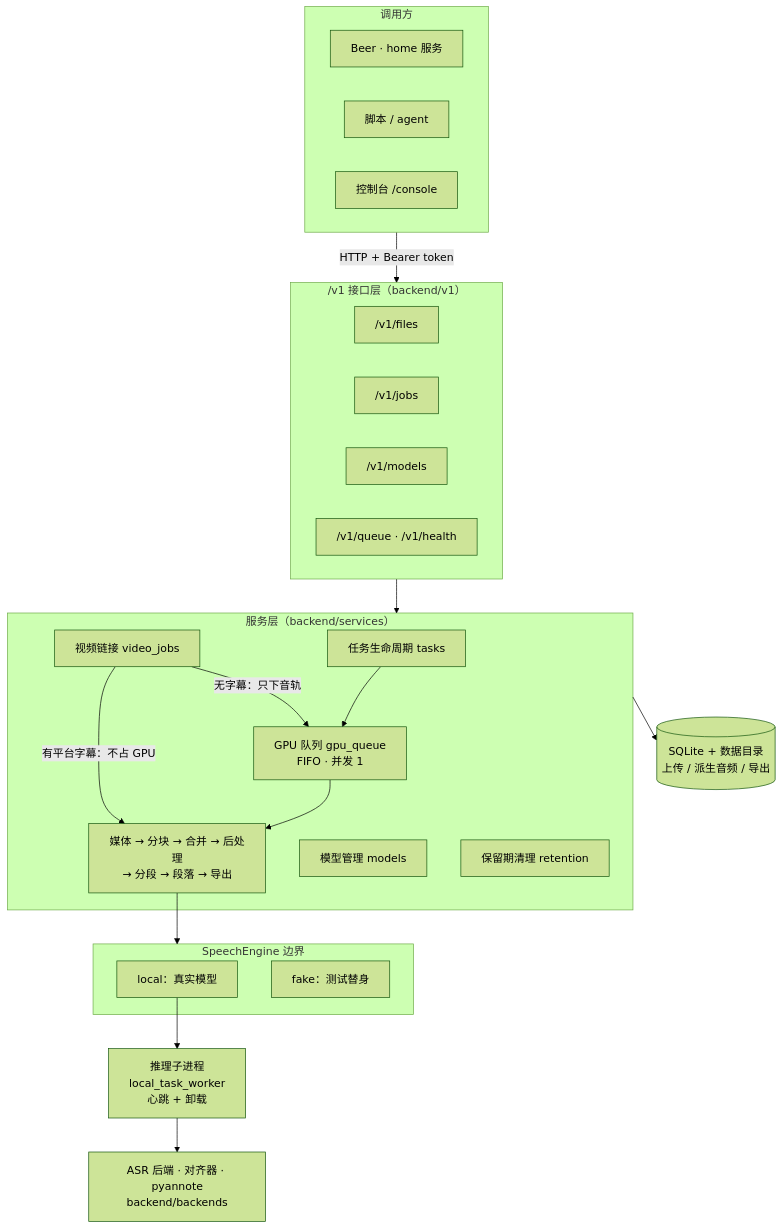
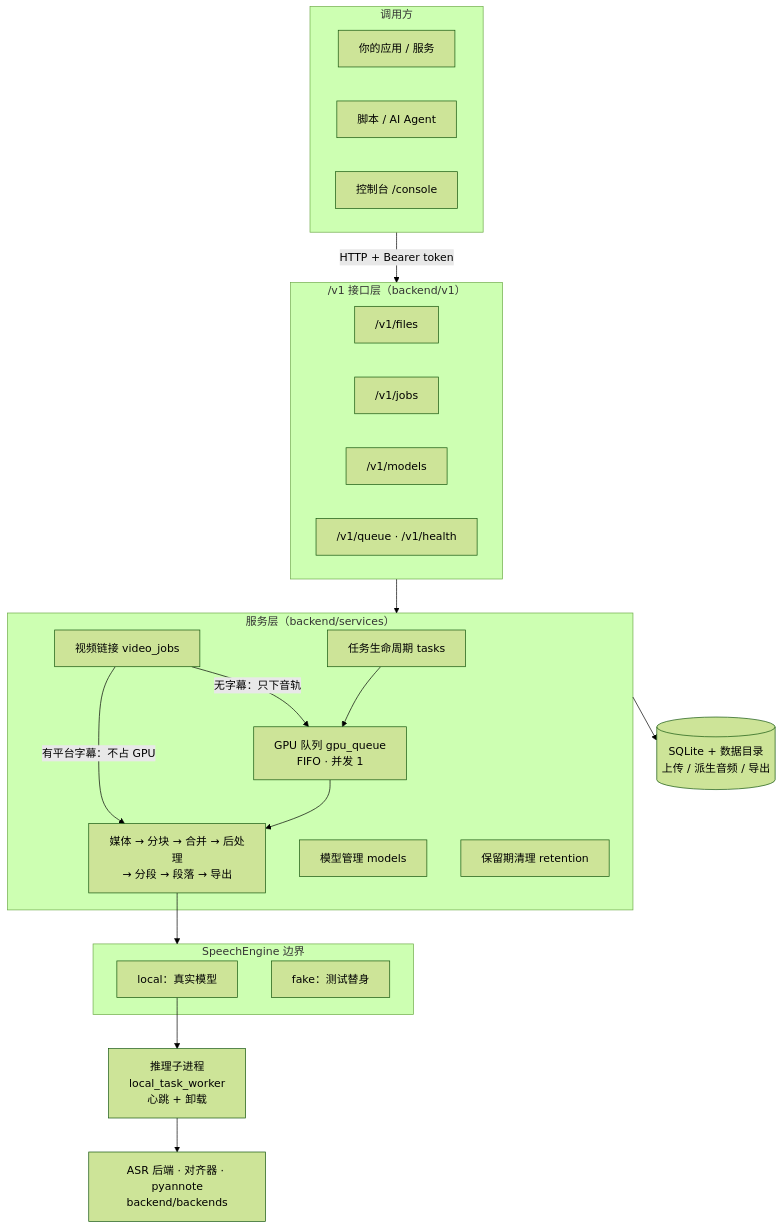
One commit to HUA1255/beebox changed the diagram in README.md. Above: the diagram before and after it, drawn with Mermaid (forest theme). The commit also changed other lines of this file and 1 other file, not shown here.

First line of the commit message:
docs: rewrite README as a product introduction and add an agent deployment guide

````diff
--- a/README.md
+++ b/README.md
@@ -124,42 +304,42 @@
 ```mermaid
 flowchart TB
     subgraph Clients[调用方]
-        home[Beer · home 服务]
-        script[脚本 / agent]
+        app[你的应用 / 服务]
+        script[脚本 / AI Agent]
         console[控制台 /console]
     end
 
     subgraph API["/v1 接口层（backend/v1）"]
         files["/v1/files"]
         jobs["/v1/jobs"]
         models["/v1/models"]
         queue["/v1/queue · /v1/health"]
     end
 
     subgraph Services[服务层（backend/services）]
         tasks[任务生命周期 tasks]
         video[视频链接 video_jobs]
         gpuq[GPU 队列 gpu_queue<br/>FIFO · 并发 1]
         pipeline[媒体 → 分块 → 合并 → 后处理<br/>→ 分段 → 段落 → 导出]
         mgr[模型管理 models]
         ret[保留期清理 retention]
     end
 
     subgraph Engine[SpeechEngine 边界]
         local[local：真实模型]
         fake[fake：测试替身]
     end
 
     worker[推理子进程<br/>local_task_worker<br/>心跳 + 卸载]
     backends[ASR 后端 · 对齐器 · pyannote<br/>backend/backends]
     store[(SQLite + 数据目录<br/>上传 / 派生音频 / 导出)]
 
     Clients -->|HTTP + Bearer token| API
     API --> Services
     tasks --> gpuq --> pipeline
     video -->|有平台字幕：不占 GPU| pipeline
     video -->|无字幕：只下音轨| gpuq
     pipeline --> Engine
     local --> worker --> backends
     Services --> store
 ```
````
